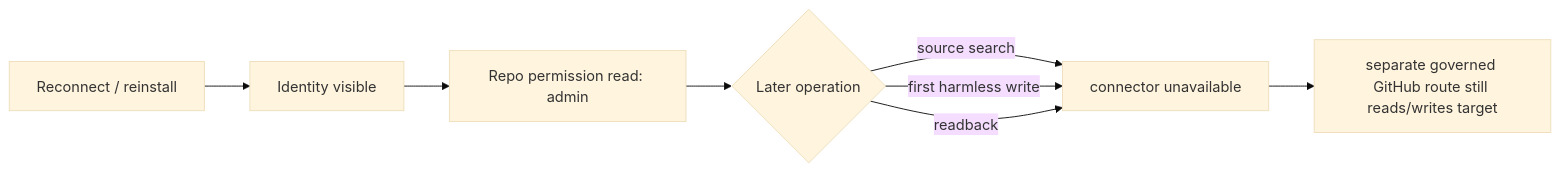
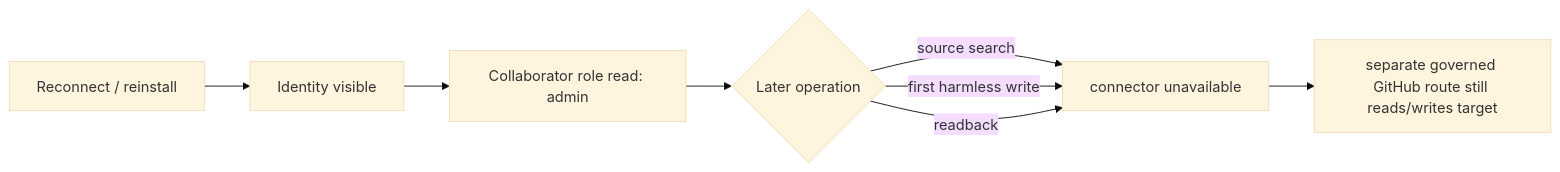
The diagram in docs/evidence/2026-09-04-openai-github-connector-instability.md (TeaShaman-cyber/marcopolo-cookbook), drawn with Mermaid (base theme) before and after one commit. The commit also changed other lines of this file and 1 other file, not shown here.

Commit message:
docs: separate collaborator role from connector authority

````diff
--- a/docs/evidence/2026-09-04-openai-github-connector-instability.md
+++ b/docs/evidence/2026-09-04-openai-github-connector-instability.md
@@ -11,10 +11,10 @@
 ```mermaid
 flowchart LR
   A[Reconnect / reinstall] --> B[Identity visible]
-  B --> C[Repo permission read: admin]
+  B --> C[Collaborator role read: admin]
   C --> D{Later operation}
   D -->|source search| E[connector unavailable]
   D -->|first harmless write| E
   D -->|readback| E
   E --> F[separate governed GitHub route still reads/writes target]
 ```
````
